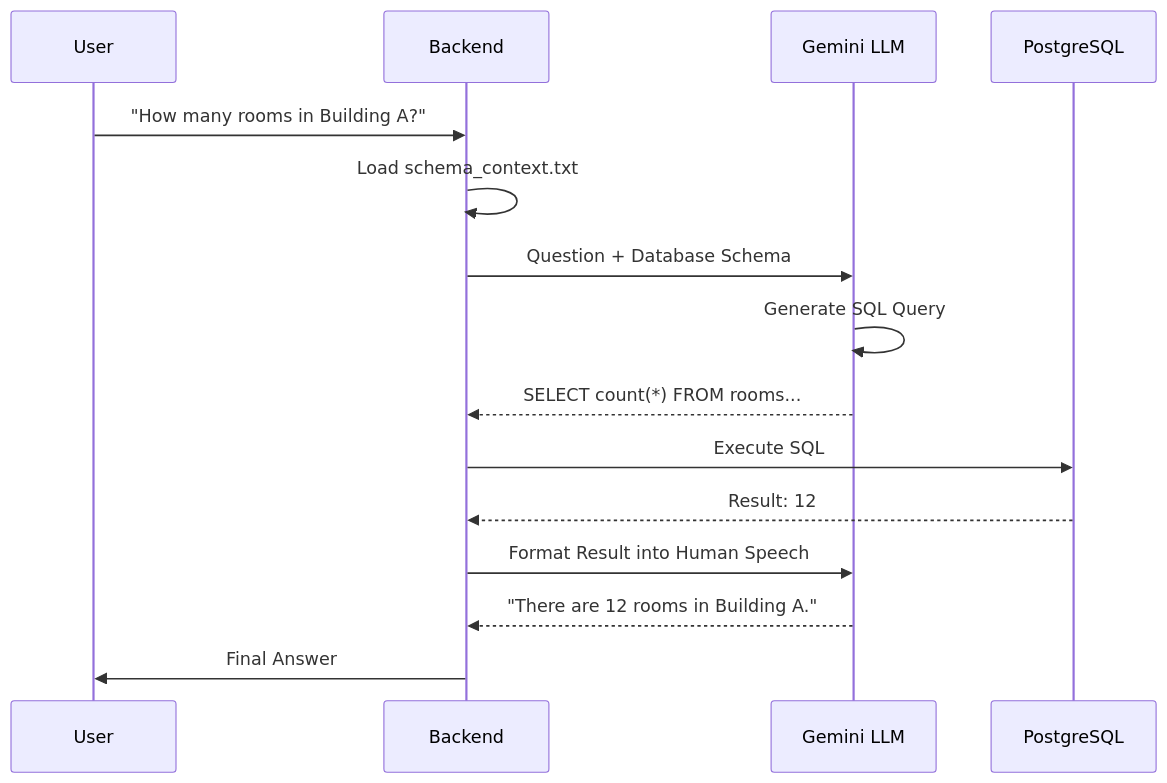
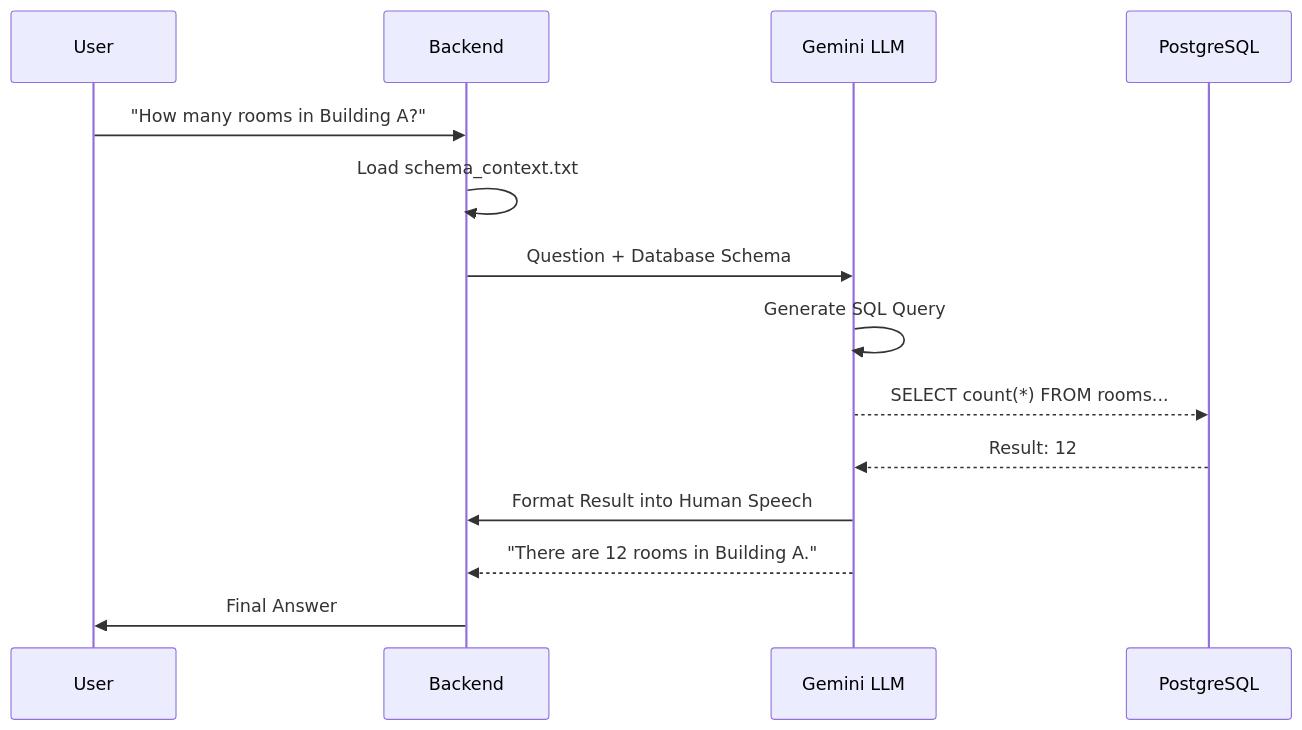
Before and after one commit to Gutismall/Campus-Smart-Assistant: the diagram in Docs/README.md, drawn with Mermaid.

````diff
--- a/Docs/README.md
+++ b/Docs/README.md
@@ -35,18 +35,17 @@
 ```mermaid
 sequenceDiagram
     participant U as User
     participant B as Backend
     participant AI as Gemini LLM
     participant DB as PostgreSQL
 
     U->>B: "How many rooms in Building A?"
     B->>B: Load schema_context.txt
     B->>AI: Question + Database Schema
     AI->>AI: Generate SQL Query
-    AI-->>B: SELECT count(*) FROM rooms...
-    B->>DB: Execute SQL
-    DB-->>B: Result: 12
-    B->>AI: Format Result into Human Speech
+    AI-->>DB: SELECT count(*) FROM rooms...
+    DB-->>AI: Result: 12
+    AI->>B: Format Result into Human Speech
     AI-->>B: "There are 12 rooms in Building A."
     B->>U: Final Answer
 ```
````
